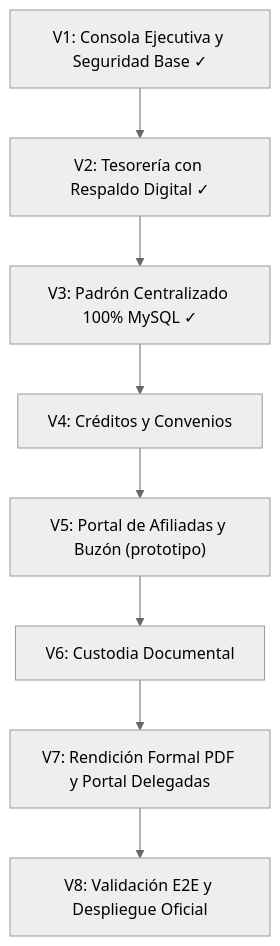
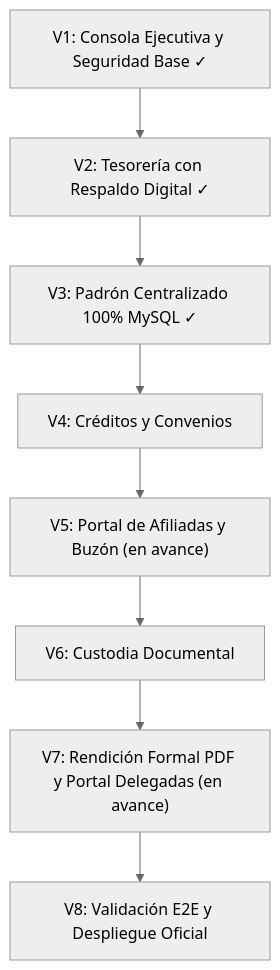
The diagram in README.md (swix14/dashboard), drawn with Mermaid (neutral theme) before and after one commit. The commit also changed other lines of this file and 1 other file, not shown here.

````diff
--- a/README.md
+++ b/README.md
@@ -54,10 +57,10 @@
 ```mermaid
 graph TD
     V1["V1: Consola Ejecutiva y Seguridad Base ✓"] --> V2["V2: Tesorería con Respaldo Digital ✓"]
     V2 --> V3["V3: Padrón Centralizado 100% MySQL ✓"]
     V3 --> V4["V4: Créditos y Convenios"]
-    V4 --> V5["V5: Portal de Afiliadas y Buzón (prototipo)"]
+    V4 --> V5["V5: Portal de Afiliadas y Buzón (en avance)"]
     V5 --> V6["V6: Custodia Documental"]
-    V6 --> V7["V7: Rendición Formal PDF y Portal Delegadas"]
+    V6 --> V7["V7: Rendición Formal PDF y Portal Delegadas (en avance)"]
     V7 --> V8["V8: Validación E2E y Despliegue Oficial"]
 ```
````
